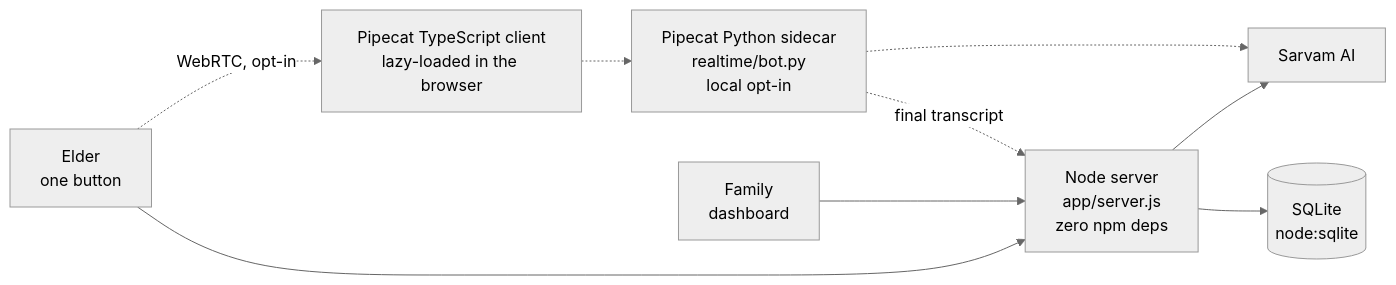
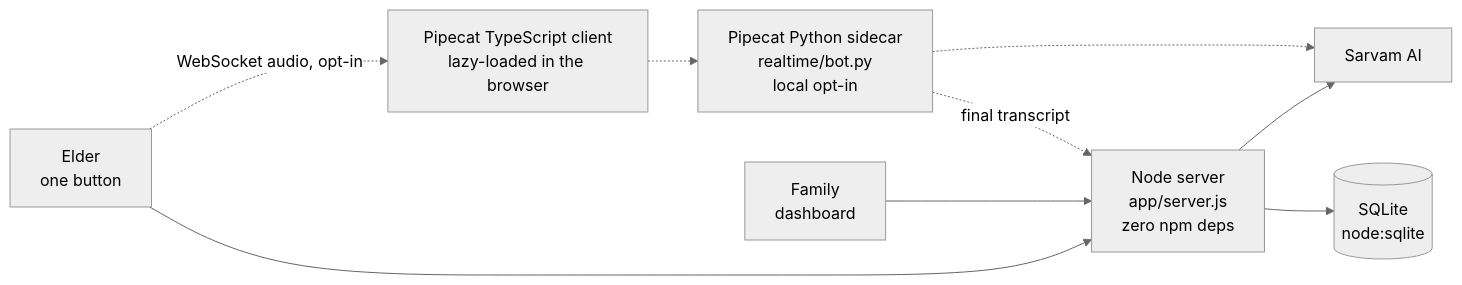
Before and after one commit to tejaskh3/sarvam-buildathon: the diagram in README.md, drawn with Mermaid (neutral theme). The commit also changed other lines of this file and 16 other files, not shown here.

````diff
--- a/README.md
+++ b/README.md
@@ -15,12 +15,12 @@
 ```mermaid
 flowchart LR
   Elder["Elder<br/>one button"] --> Node
   Family["Family<br/>dashboard"] --> Node
   Node["Node server<br/>app/server.js<br/>zero npm deps"] --> Sarvam
   Node --> DB[("SQLite<br/>node:sqlite")]
   Client["Pipecat TypeScript client<br/>lazy-loaded in the browser"] -.-> RT
   RT["Pipecat Python sidecar<br/>realtime/bot.py<br/>local opt-in"] -.->|"final transcript"| Node
-  Elder -.->|"WebRTC, opt-in"| Client
+  Elder -.->|"WebSocket audio, opt-in"| Client
   RT -.-> Sarvam
   Sarvam["Sarvam AI"]
 ```
````
